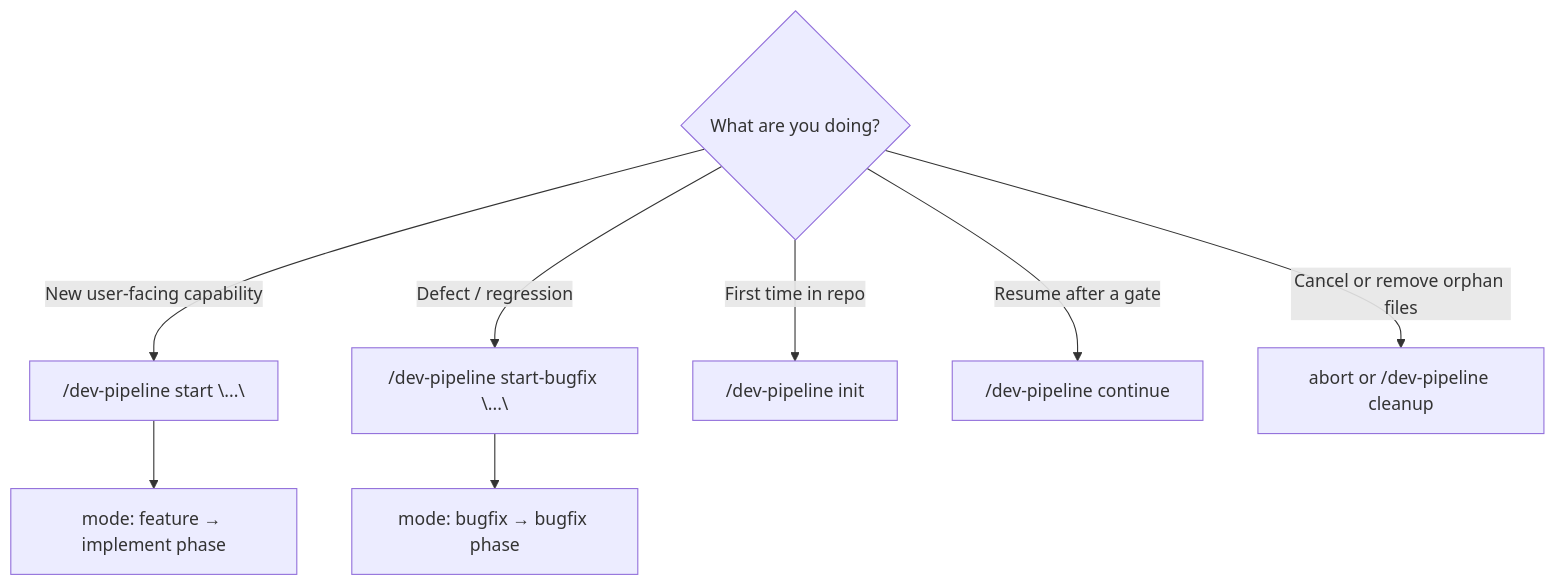
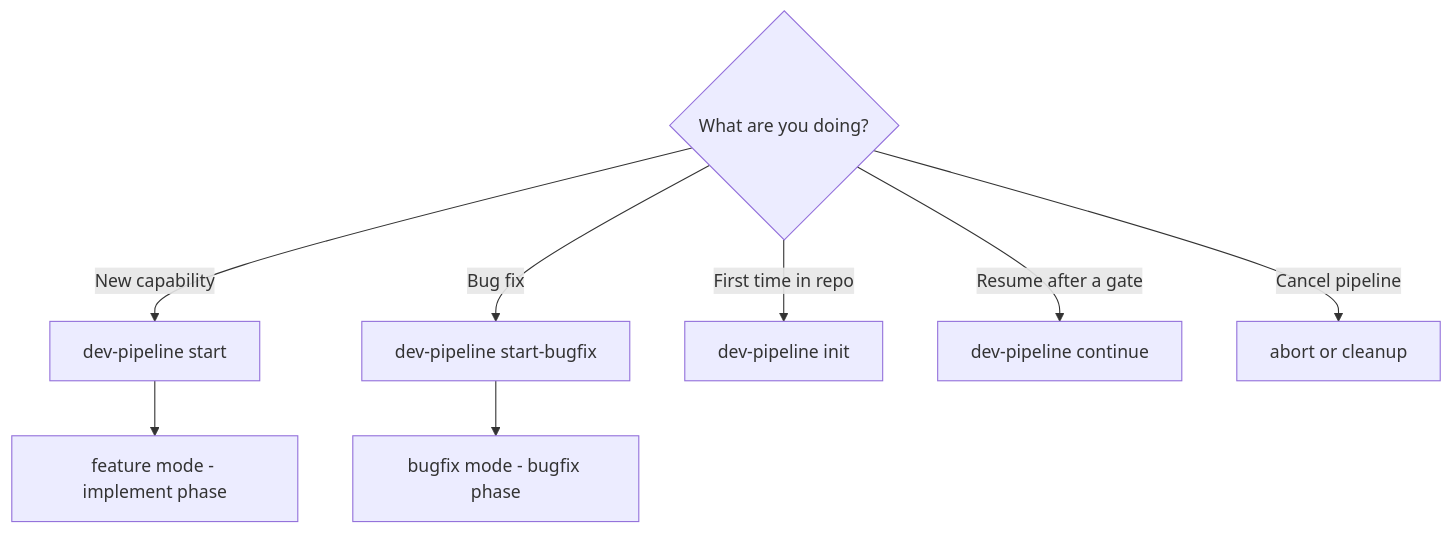
Before and after one commit to D-Andreev/ai-workflow: the first of 2 diagrams in README.md, drawn with Mermaid. The commit also changed other lines of this file, not shown here.

````diff
--- a/README.md
+++ b/README.md
@@ -79,12 +58,12 @@
 ```mermaid
 flowchart TD
     q{What are you doing?}
-    q -->|New user-facing capability| feature["/dev-pipeline start \"...\""]
-    q -->|Defect / regression| bugfix["/dev-pipeline start-bugfix \"...\""]
-    q -->|First time in repo| init["/dev-pipeline init"]
-    q -->|Resume after a gate| cont["/dev-pipeline continue"]
-    q -->|Cancel or remove orphan files| clean["abort or /dev-pipeline cleanup"]
+    q -->|New capability| feature[dev-pipeline start]
+    q -->|Bug fix| bugfix[dev-pipeline start-bugfix]
+    q -->|First time in repo| init[dev-pipeline init]
+    q -->|Resume after a gate| cont[dev-pipeline continue]
+    q -->|Cancel pipeline| clean[abort or cleanup]
 
-    feature --> mode_feature[mode: feature → implement phase]
-    bugfix --> mode_bug[mode: bugfix → bugfix phase]
+    feature --> mode_feature[feature mode - implement phase]
+    bugfix --> mode_bug[bugfix mode - bugfix phase]
 ```
````
